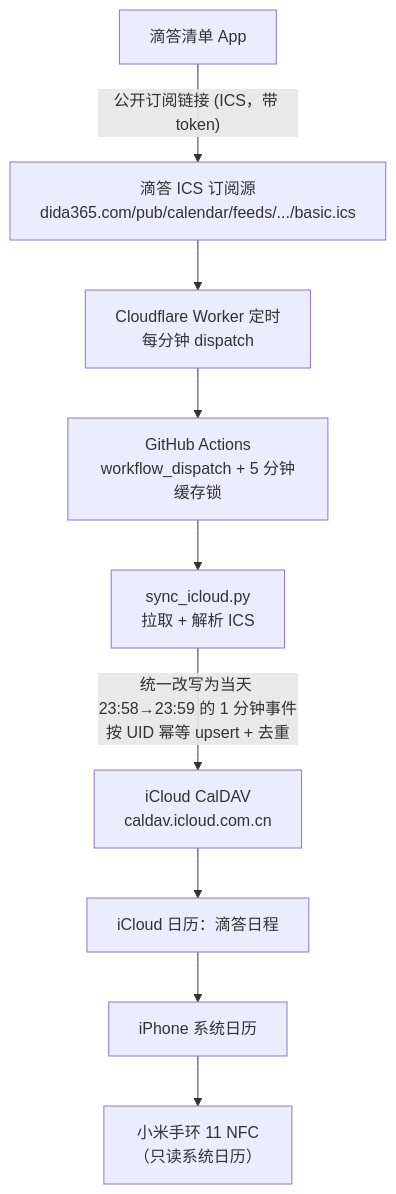
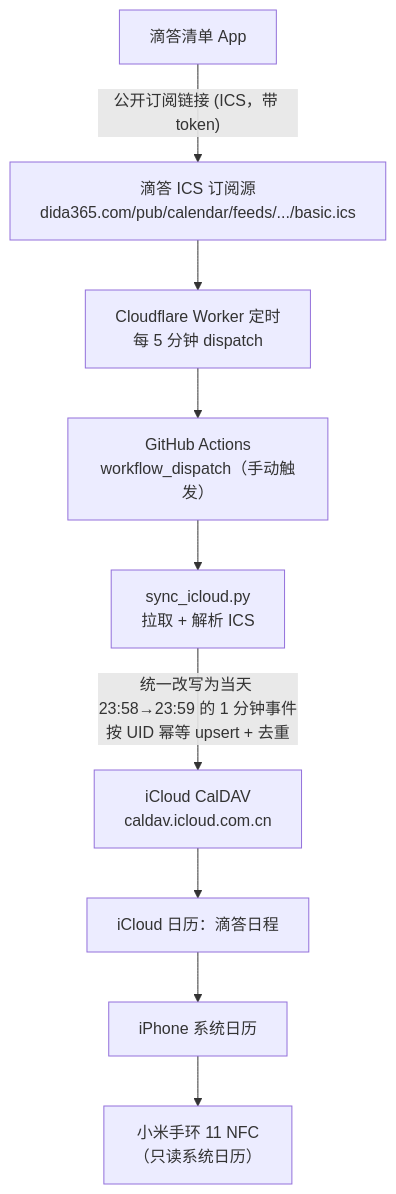
The first of 2 diagrams in README.md (chenjiarui123/dida-ics-sync), drawn with Mermaid before and after one commit. The commit also changed other lines of this file and 2 other files, not shown here.

````diff
--- a/README.md
+++ b/README.md
@@ -11,11 +11,11 @@
 ```mermaid
 flowchart TD
     A["滴答清单 App"] -->|"公开订阅链接 (ICS，带 token)"| B["滴答 ICS 订阅源<br/>dida365.com/pub/calendar/feeds/.../basic.ics"]
-    B --> C["Cloudflare Worker 定时<br/>每分钟 dispatch"]
-    C --> CA["GitHub Actions<br/>workflow_dispatch + 5 分钟缓存锁"]
+    B --> C["Cloudflare Worker 定时<br/>每 5 分钟 dispatch"]
+    C --> CA["GitHub Actions<br/>workflow_dispatch（手动触发）"]
     CA --> D["sync_icloud.py<br/>拉取 + 解析 ICS"]
     D -->|"统一改写为当天 23:58→23:59 的 1 分钟事件<br/>按 UID 幂等 upsert + 去重"| E["iCloud CalDAV<br/>caldav.icloud.com.cn"]
     E --> F["iCloud 日历：滴答日程"]
     F --> G["iPhone 系统日历"]
     G --> H["小米手环 11 NFC<br/>（只读系统日历）"]
 ```
````
